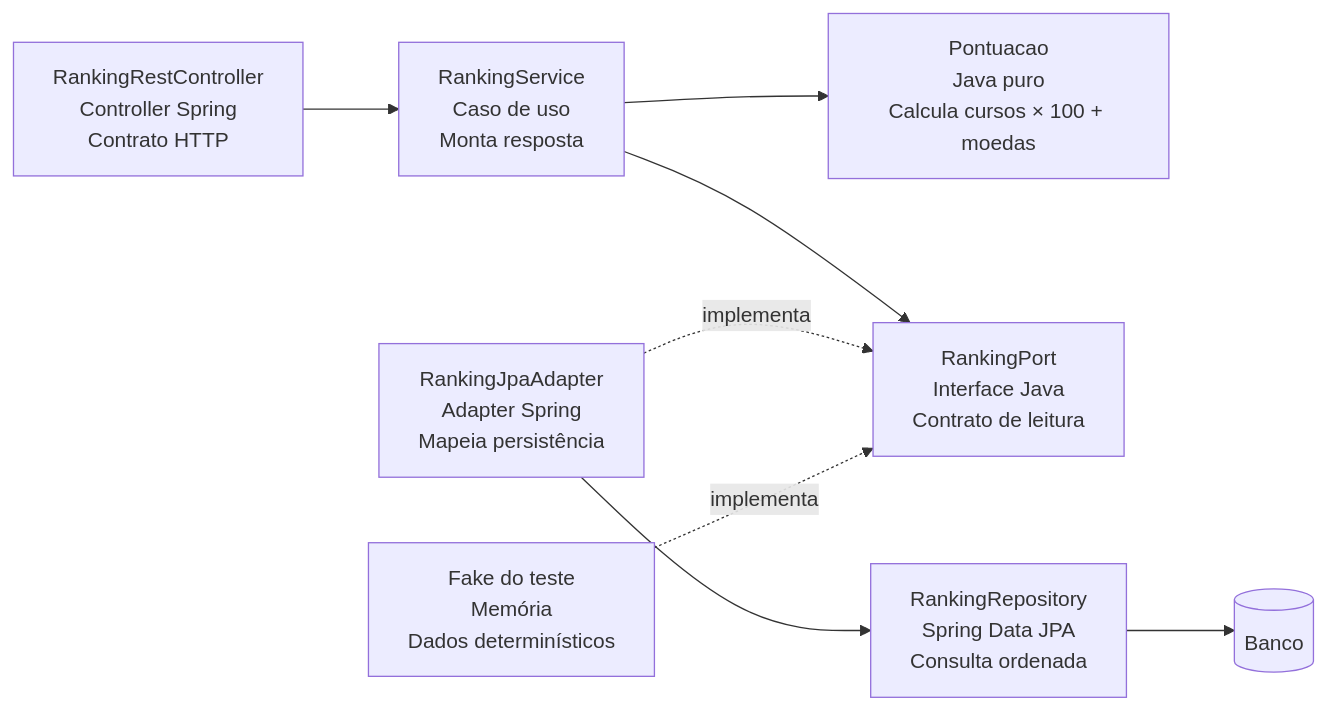
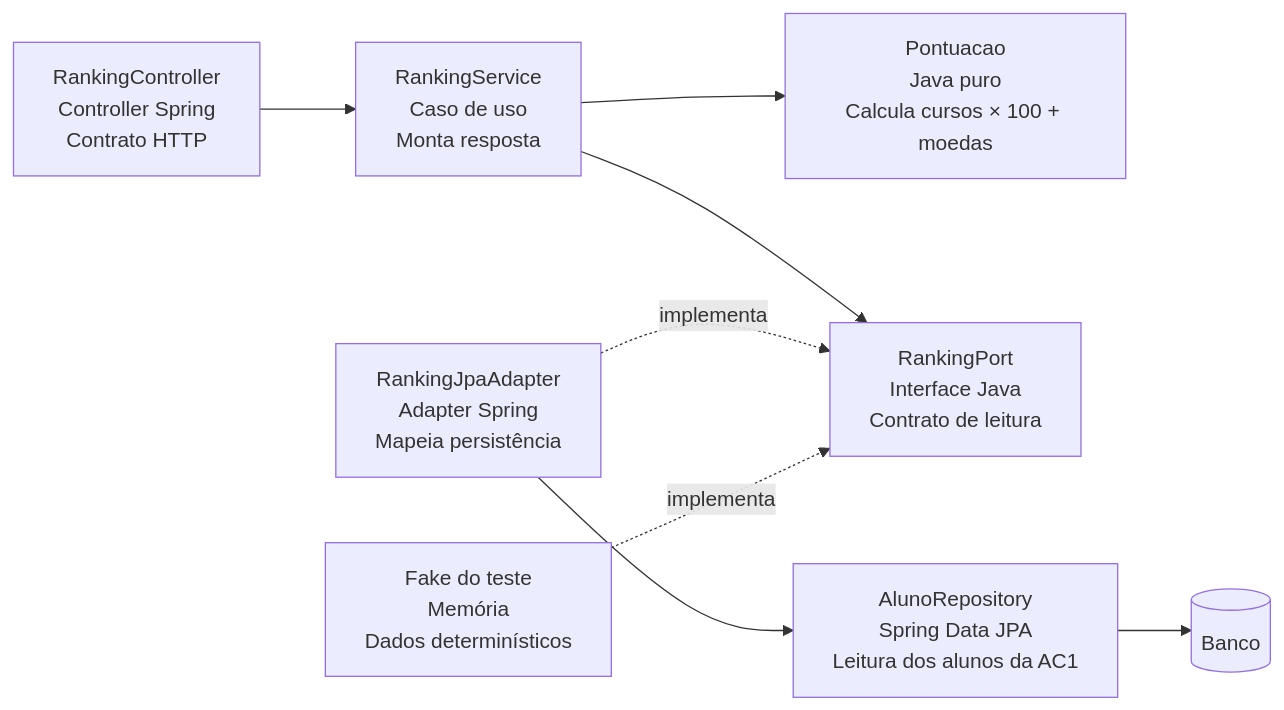
The second of 4 diagrams in docs/arquitetura/c4.md (Gustavo-Champam/Exercicio-B1-Arquitetura-de-Software-AC2), drawn with Mermaid before and after one commit. The commit also changed other lines of this file and 908 other files, not shown here.

````diff
--- a/docs/arquitetura/c4.md
+++ b/docs/arquitetura/c4.md
@@ -47,24 +47,24 @@
 ```mermaid
 flowchart LR
- controller["RankingRestController
+ controller["RankingController
 Controller Spring
 Contrato HTTP"] --> servico["RankingService
 Caso de uso
 Monta resposta"]
  servico --> regra["Pontuacao
 Java puro
 Calcula cursos × 100 + moedas"]
  servico --> porta["RankingPort
 Interface Java
 Contrato de leitura"]
  jpa["RankingJpaAdapter
 Adapter Spring
 Mapeia persistência"] -.->|"implementa"| porta
  fake["Fake do teste
 Memória
 Dados determinísticos"] -.->|"implementa"| porta
- jpa --> repo["RankingRepository
+ jpa --> repo["AlunoRepository
 Spring Data JPA
-Consulta ordenada"]
+Leitura dos alunos da AC1"]
  repo --> db[(Banco)]
 ```
````
